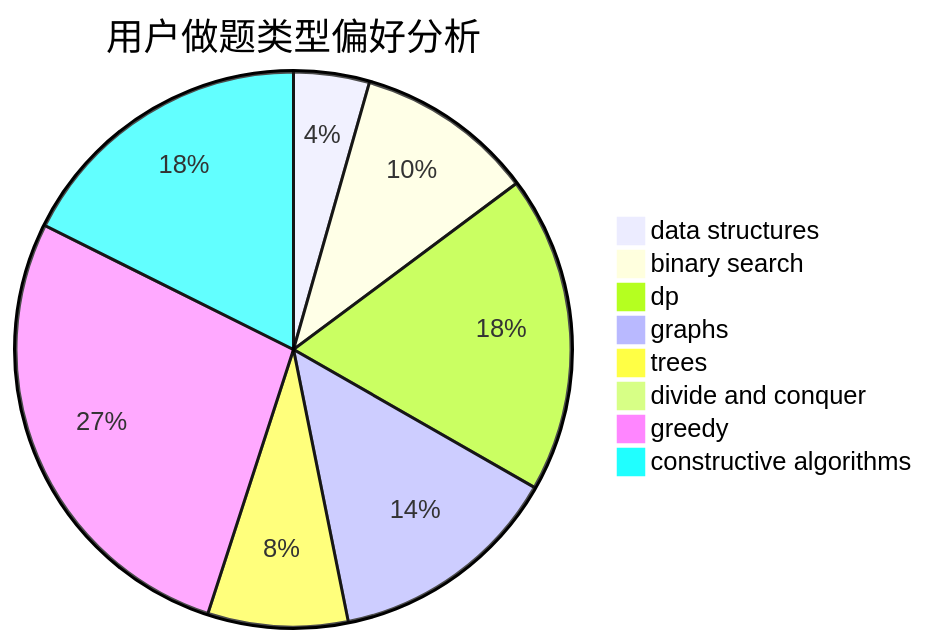
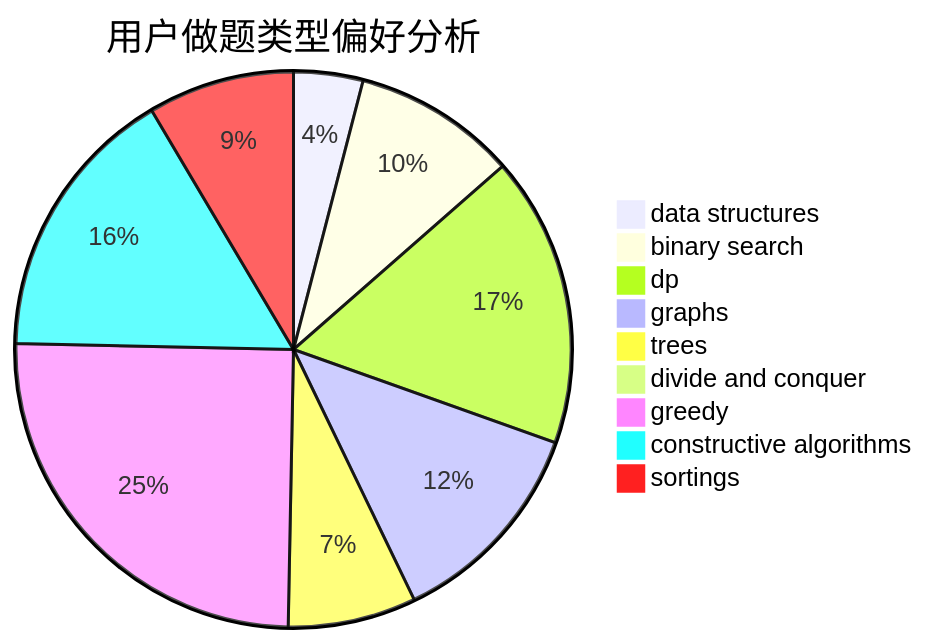
The second of 3 diagrams in docs/user/u2026.md (sherpahu/cfrs.github.io), drawn with Mermaid before and after one commit. The commit also changed other lines of this file and 2769 other files, not shown here.

````diff
--- a/docs/user/u2026.md
+++ b/docs/user/u2026.md
@@ -23,11 +18,12 @@
 ```mermaid
 pie title 用户做题类型偏好分析
     "data structures" :  53
     "binary search" :  125
     "dp" :  222
     "graphs" :  163
     "trees" :  98
     "divide and conquer" :  0
     "greedy" :  329
     "constructive algorithms" :  212
+    "sortings" :  112
 ```
````
